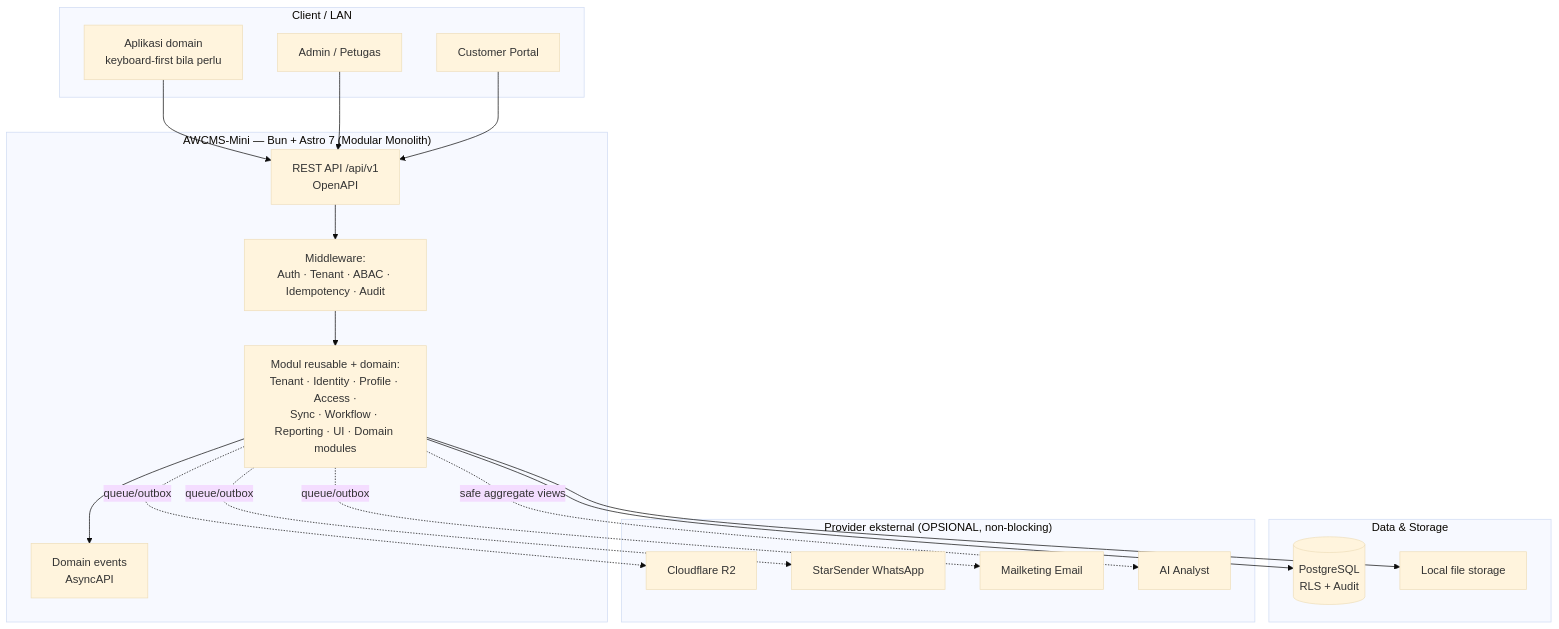
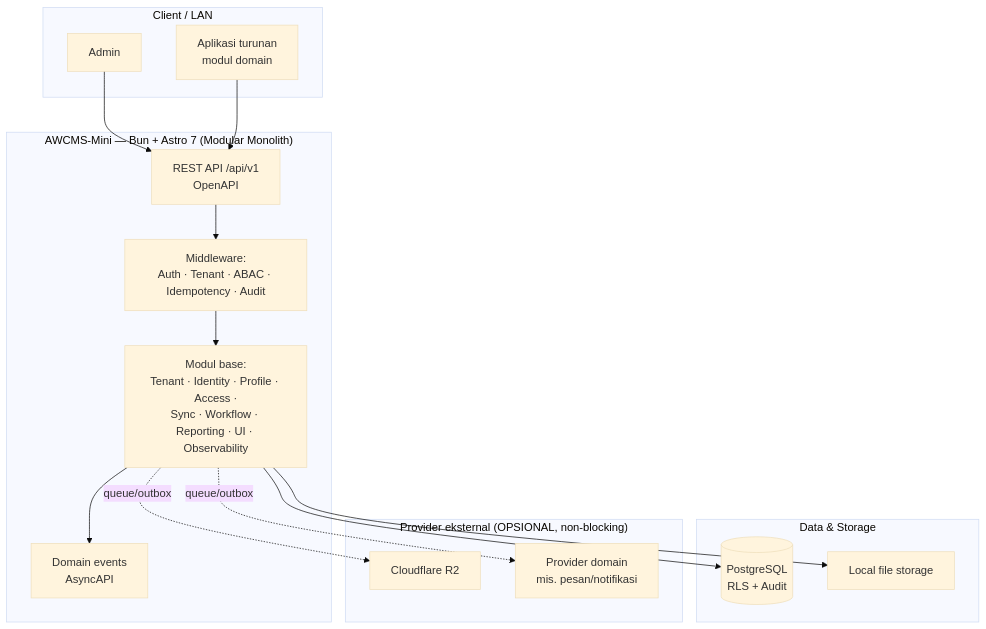
Before and after one commit to ahliweb/awcms-mini: the first of 3 diagrams in README.md, drawn with Mermaid (base theme). The commit also changed other lines of this file and 63 other files, not shown here.

````diff
--- a/README.md
+++ b/README.md
@@ -9,39 +26,33 @@
 ```mermaid
 flowchart TB
   subgraph Client["Client / LAN"]
-    APP[Aplikasi domain<br/>keyboard-first bila perlu]
-    ADM[Admin / Petugas]
-    CUST[Customer Portal]
+    ADM[Admin]
+    APP[Aplikasi turunan<br/>modul domain]
   end
 
   subgraph App["AWCMS-Mini — Bun + Astro 7 (Modular Monolith)"]
     API[REST API /api/v1<br/>OpenAPI]
     MW[Middleware:<br/>Auth · Tenant · ABAC · Idempotency · Audit]
-    MOD[Modul reusable + domain:<br/>Tenant · Identity · Profile · Access ·<br/>Sync · Workflow · Reporting · UI · Domain modules]
+    MOD[Modul base:<br/>Tenant · Identity · Profile · Access ·<br/>Sync · Workflow · Reporting · UI · Observability]
     EVT[Domain events<br/>AsyncAPI]
   end
 
   subgraph Data["Data & Storage"]
     PG[(PostgreSQL<br/>RLS + Audit)]
     FILE[Local file storage]
   end
 
   subgraph Ext["Provider eksternal (OPSIONAL, non-blocking)"]
     R2[Cloudflare R2]
-    WA[StarSender WhatsApp]
-    MAIL[Mailketing Email]
-    AI[AI Analyst]
+    PROV[Provider domain<br/>mis. pesan/notifikasi]
   end
 
+  ADM --> API
   APP --> API
-  ADM --> API
-  CUST --> API
   API --> MW --> MOD
   MOD --> PG
   MOD --> FILE
   MOD --> EVT
   MOD -. queue/outbox .-> R2
-  MOD -. queue/outbox .-> WA
-  MOD -. queue/outbox .-> MAIL
-  MOD -. safe aggregate views .-> AI
+  MOD -. queue/outbox .-> PROV
 ```
````
